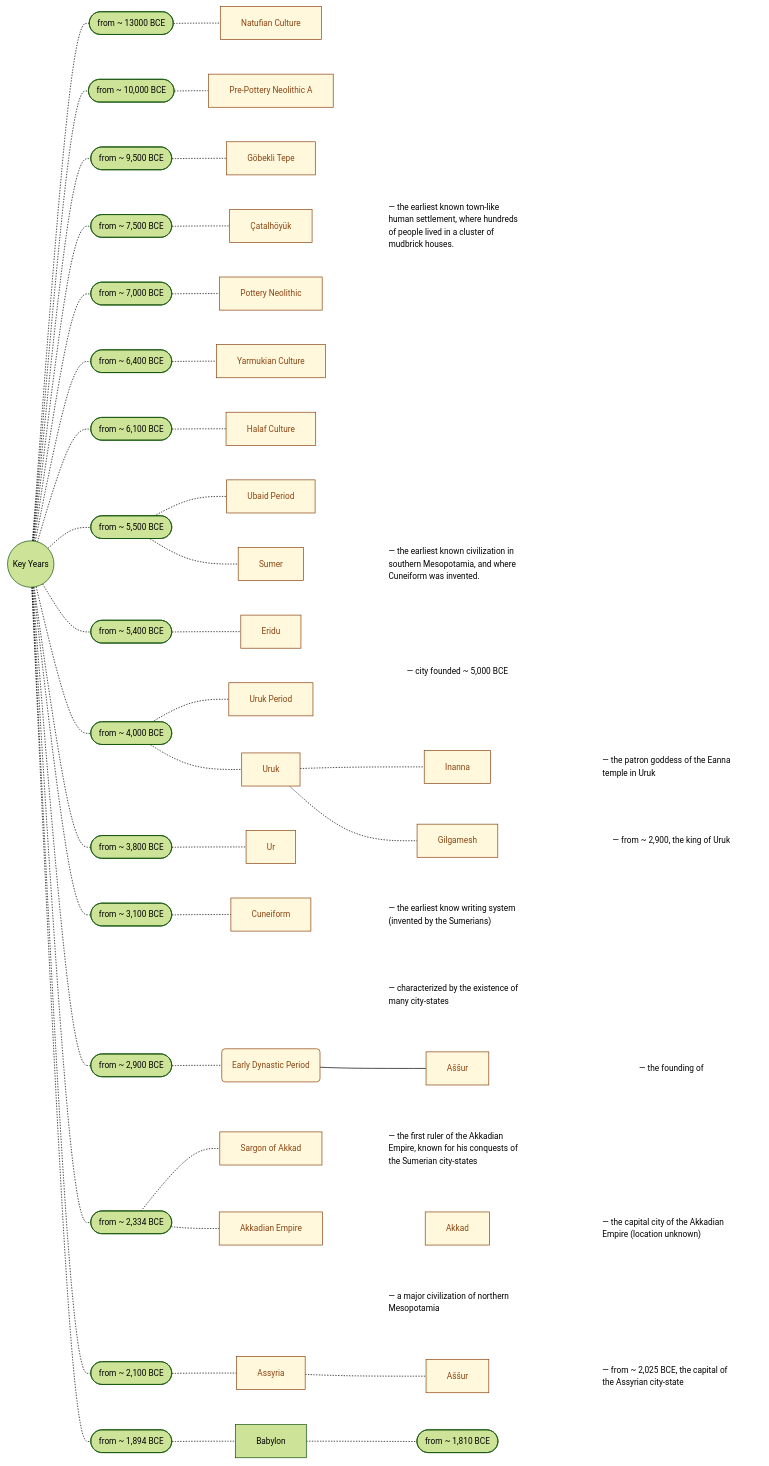
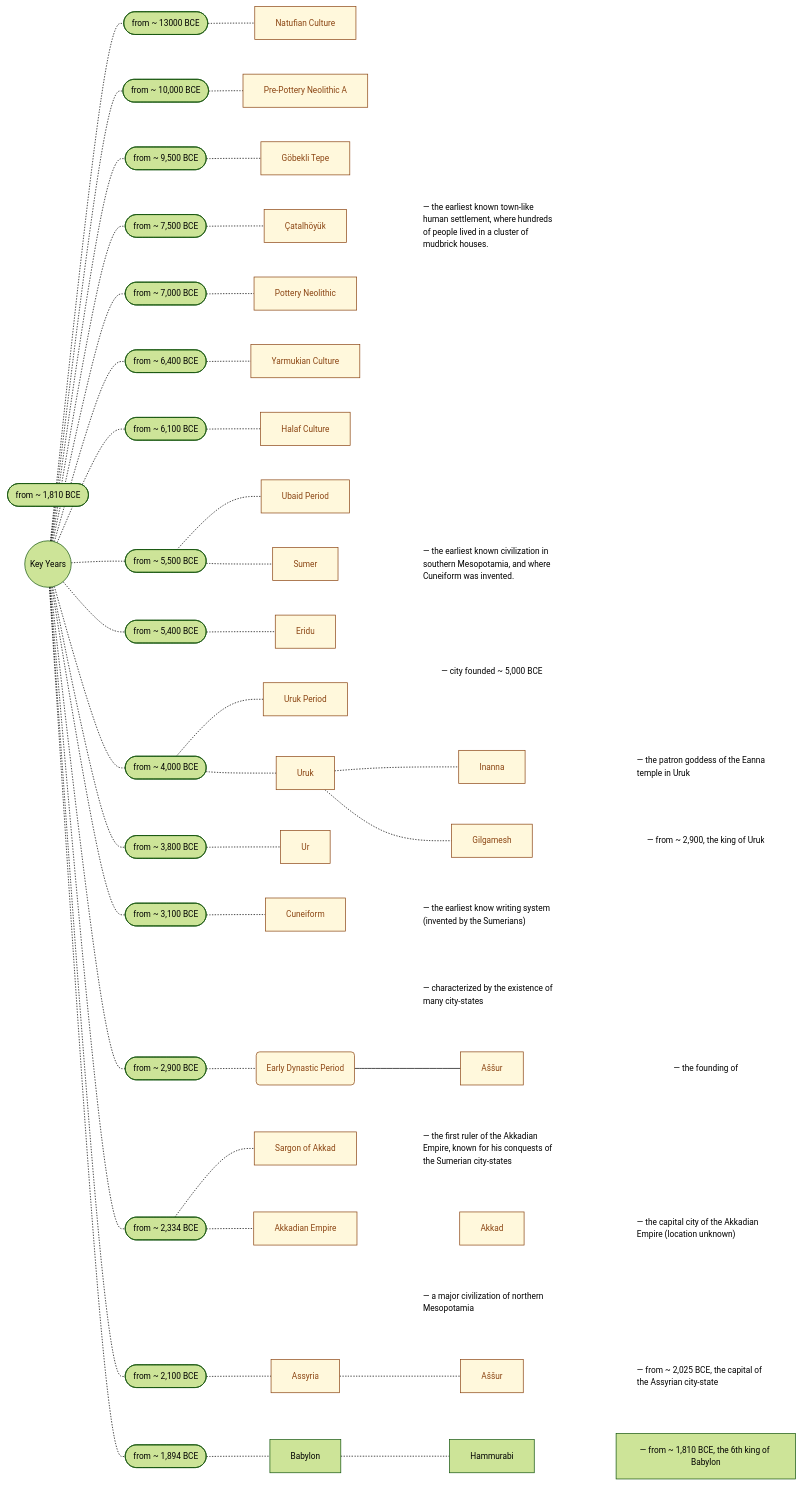
One commit to joe-dorward/samples changed the diagram in mesopotamia_v1.01.md. Above: the diagram before and after it, drawn with Mermaid.

````diff
--- a/mesopotamia_v1.01.md
+++ b/mesopotamia_v1.01.md
@@ -176,7 +176,9 @@
       BABYLON[Babylon]
 
     1810([from ~ 1,810 BCE])
+      HAMMURABI[Hammurabi]
+      HAMMURABI_NOTE[#151; from ~ 1,810 BCE, the 6th king of Babylon]
 
     KEY_YEARS-.-1894-.-BABYLON
-                       BABYLON-.-1810
+                       BABYLON-.-HAMMURABI~~~HAMMURABI_NOTE
 ```
````
